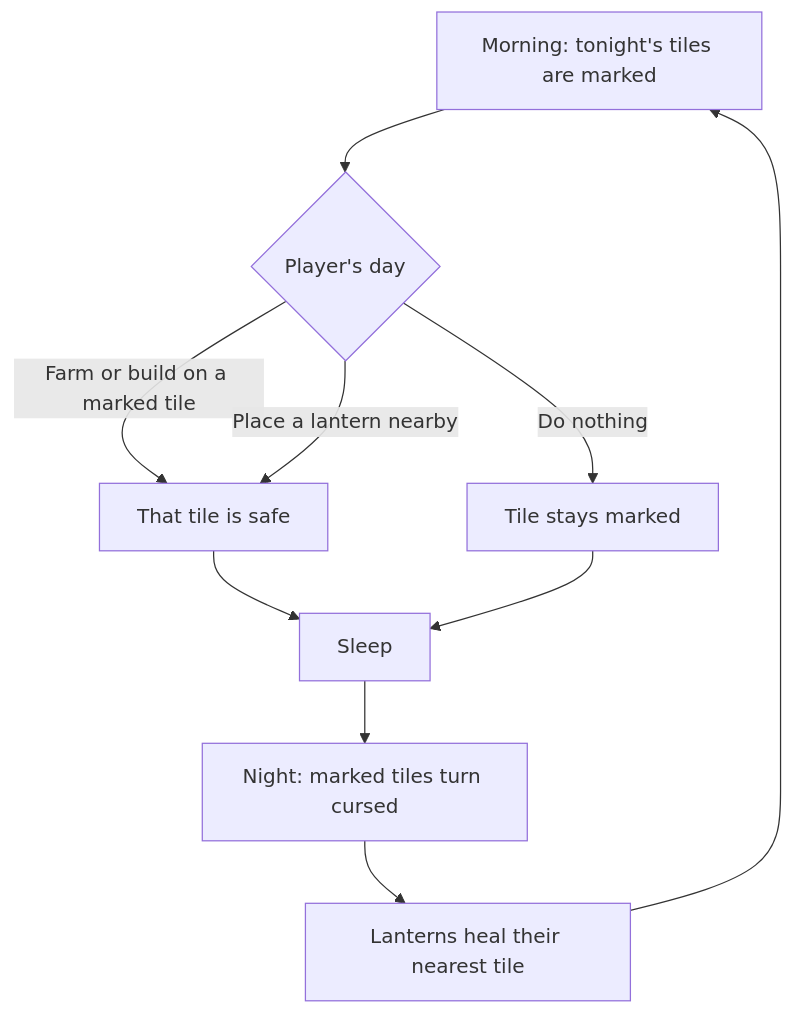
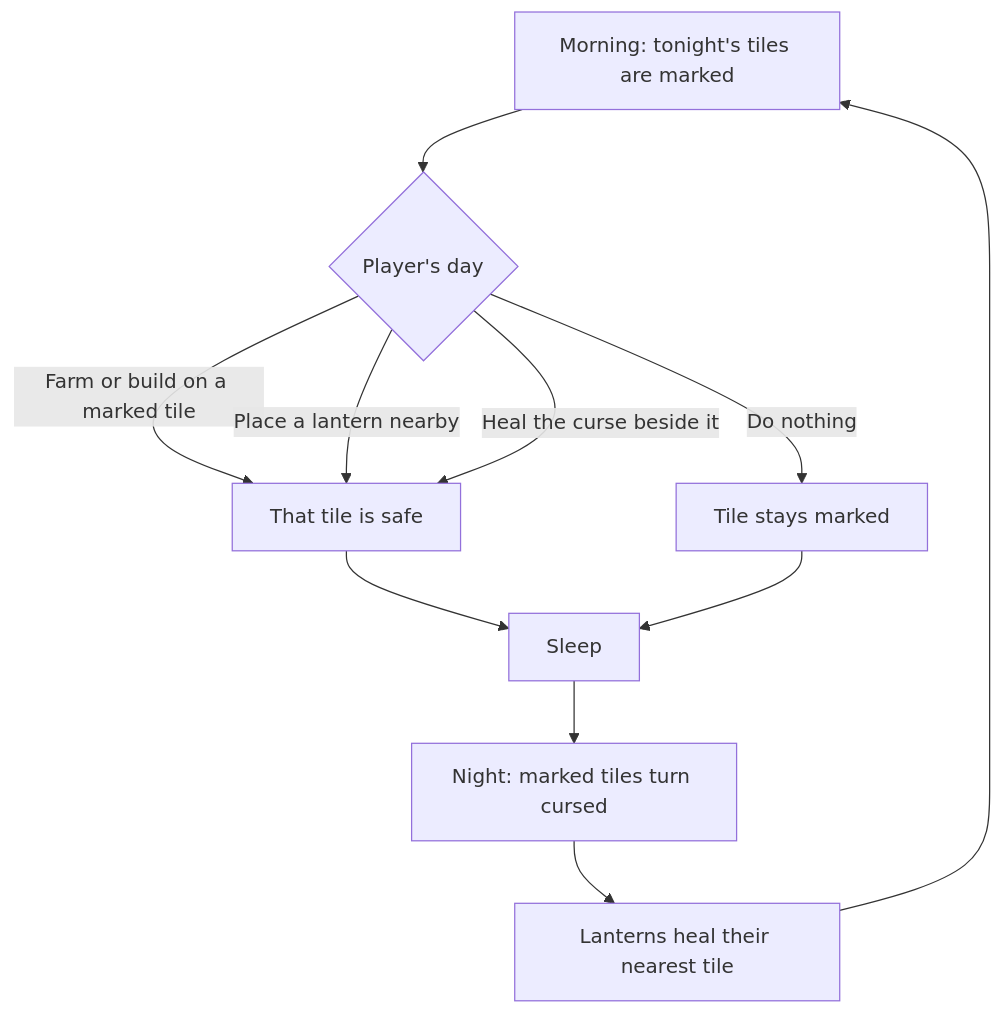
Before and after one commit to sudo0x/GameDevelopments: the diagram in docs/21_2026-11-07_curse-returns-test.md, drawn with Mermaid. The commit also changed other lines of this file and 10 other files, not shown here.

````diff
--- a/docs/21_2026-11-07_curse-returns-test.md
+++ b/docs/21_2026-11-07_curse-returns-test.md
@@ -13,12 +13,13 @@
 ```mermaid
 flowchart TD
 	A[Morning: tonight's tiles are marked] --> B{Player's day}
 	B -->|Farm or build on a marked tile| C[That tile is safe]
 	B -->|Place a lantern nearby| C
+	B -->|Heal the curse beside it| C
 	B -->|Do nothing| D[Tile stays marked]
 	C --> E[Sleep]
 	D --> E
 	E --> F[Night: marked tiles turn cursed]
 	F --> G[Lanterns heal their nearest tile]
 	G --> A
 ```
````
